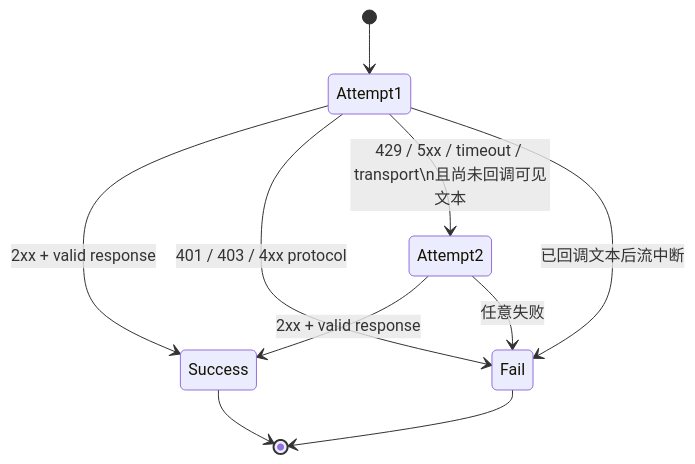
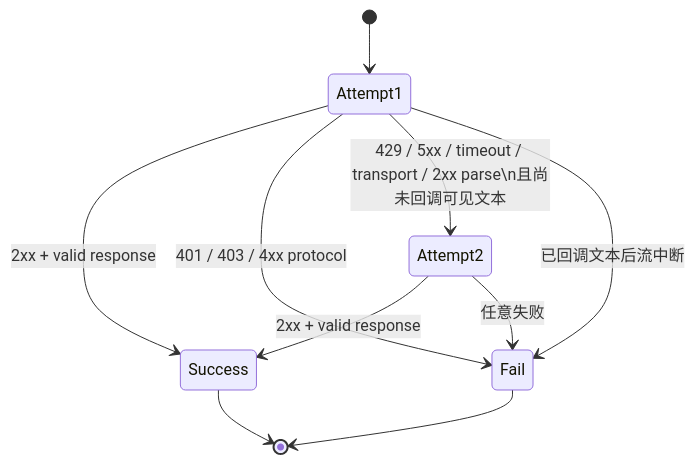
Before and after one commit to NEDONION/lobster0: the second of 2 diagrams in docs/engineering/phase-1/20260807_openai-compatible-provider.md, drawn with Mermaid. The commit also changed other lines of this file and 20 other files, not shown here.

````diff
--- a/docs/engineering/phase-1/20260807_openai-compatible-provider.md
+++ b/docs/engineering/phase-1/20260807_openai-compatible-provider.md
@@ -227,12 +227,12 @@
 ```mermaid
 stateDiagram-v2
     [*] --> Attempt1
     Attempt1 --> Success: 2xx + valid response
     Attempt1 --> Fail: 401 / 403 / 4xx protocol
-    Attempt1 --> Attempt2: 429 / 5xx / timeout / transport\n且尚未回调可见文本
+    Attempt1 --> Attempt2: 429 / 5xx / timeout / transport / 2xx parse\n且尚未回调可见文本
     Attempt1 --> Fail: 已回调文本后流中断
     Attempt2 --> Success: 2xx + valid response
     Attempt2 --> Fail: 任意失败
     Success --> [*]
     Fail --> [*]
 ```
````
